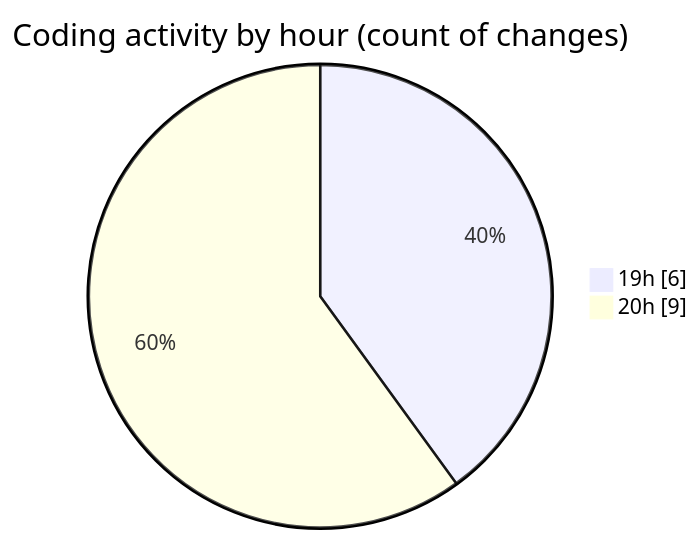
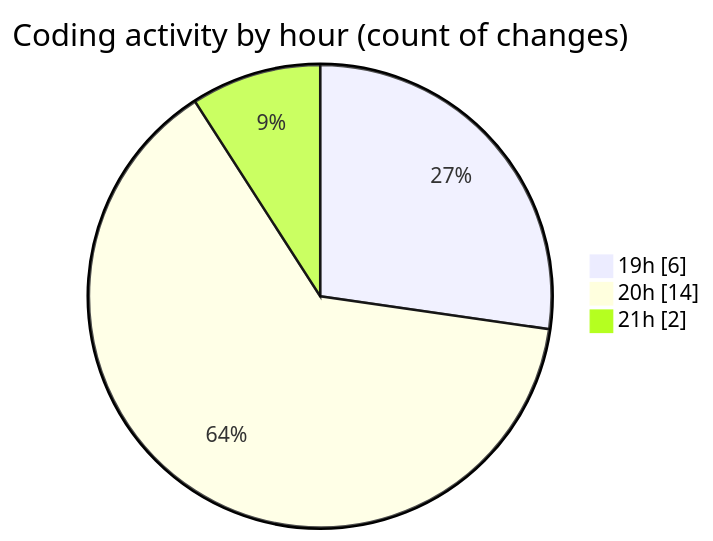
The second of 2 diagrams in 2025-09-13/new_folder/README.md (IJAZ3593/code-tracking), drawn with Mermaid before and after one commit. The commit also changed other lines of this file and 1 other file, not shown here.

````diff
--- a/2025-09-13/new_folder/README.md
+++ b/2025-09-13/new_folder/README.md
@@ -34,6 +34,7 @@
 ```mermaid
 pie showData
 title Coding activity by hour (count of changes)
 "19h" : 6
-"20h" : 9
+"20h" : 14
+"21h" : 2
 ```
````
